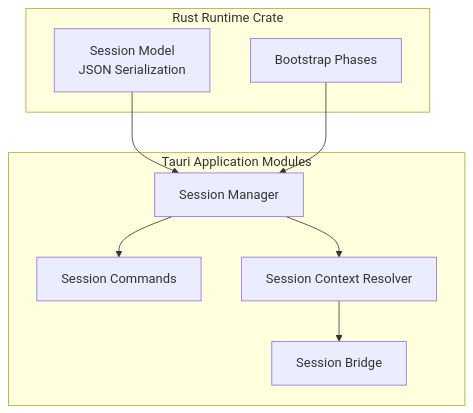
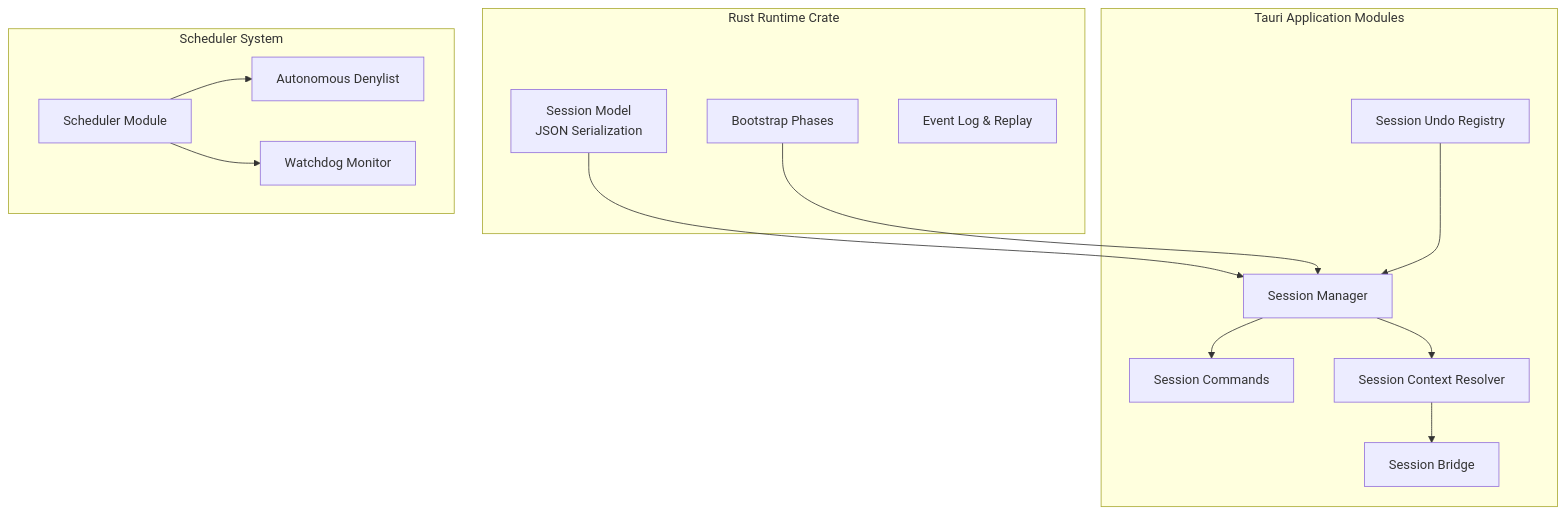
The first of 11 diagrams in .qoder/repowiki/en/content/Backend System (Rust)/Module Architecture & Design/Runtime Services/Session Lifecycle.md (novolei/if2Ai), drawn with Mermaid before and after one commit. The commit also changed other lines of this file and 124 other files, not shown here.

````diff
--- a/.qoder/repowiki/en/content/Backend System (Rust)/Module Architecture & Design/Runtime Services/Session Lifecycle.md
+++ b/.qoder/repowiki/en/content/Backend System (Rust)/Module Architecture & Design/Runtime Services/Session Lifecycle.md
@@ -35,18 +53,28 @@
 ```mermaid
 graph TB
 subgraph "Rust Runtime Crate"
 R_Session["Session Model<br/>JSON Serialization"]
 R_Bootstrap["Bootstrap Phases"]
+R_History["Event Log & Replay"]
 end
 subgraph "Tauri Application Modules"
 A_Commands["Session Commands"]
 A_SessionMgr["Session Manager"]
 A_Context["Session Context Resolver"]
 A_Bridge["Session Bridge"]
+A_Undo["Session Undo Registry"]
+end
+subgraph "Scheduler System"
+S_Scheduler["Scheduler Module"]
+S_Denylist["Autonomous Denylist"]
+S_Watchdog["Watchdog Monitor"]
 end
 R_Session --> A_SessionMgr
 A_SessionMgr --> A_Commands
 A_SessionMgr --> A_Context
 A_Context --> A_Bridge
 R_Bootstrap --> A_SessionMgr
+A_Undo --> A_SessionMgr
+S_Scheduler --> S_Denylist
+S_Scheduler --> S_Watchdog
 ```
````
